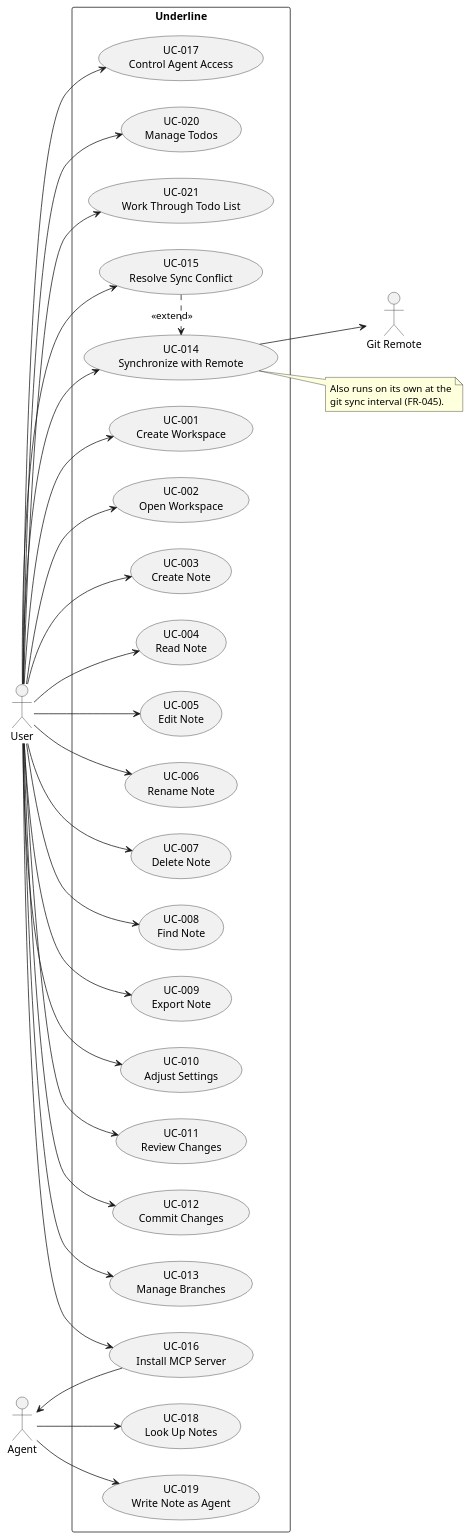
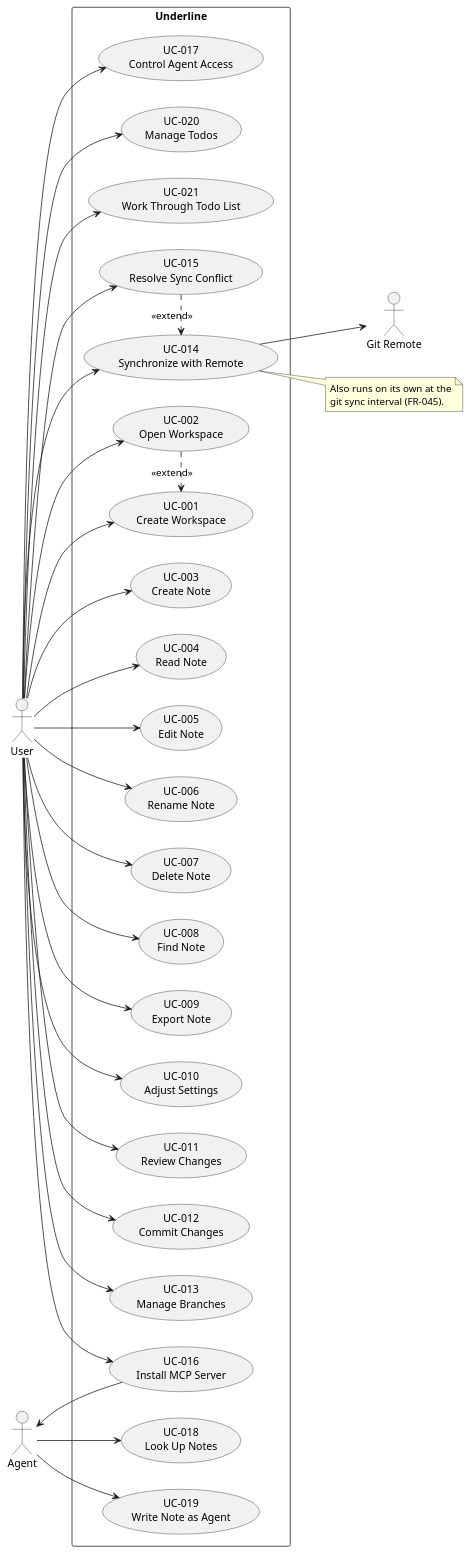
One commit to Florian-Hoehne/underline changed the diagram in docs/use_cases.puml. Above: the diagram before and after it, drawn with PlantUML. The commit also changed 3 other files, not shown here.

```diff
--- a/docs/use_cases.puml
+++ b/docs/use_cases.puml
@@ -1,91 +1,92 @@
 @startuml Use Cases Overview
 left to right direction
 
 actor "User" as user
 actor "Agent" as agent
 actor "Git Remote" as remote
 
 rectangle "Underline" {
     usecase "UC-001\nCreate Workspace" as UC001
     usecase "UC-002\nOpen Workspace" as UC002
     usecase "UC-003\nCreate Note" as UC003
     usecase "UC-004\nRead Note" as UC004
     usecase "UC-005\nEdit Note" as UC005
     usecase "UC-006\nRename Note" as UC006
     usecase "UC-007\nDelete Note" as UC007
     usecase "UC-008\nFind Note" as UC008
     usecase "UC-009\nExport Note" as UC009
     usecase "UC-010\nAdjust Settings" as UC010
     usecase "UC-011\nReview Changes" as UC011
     usecase "UC-012\nCommit Changes" as UC012
     usecase "UC-013\nManage Branches" as UC013
     usecase "UC-014\nSynchronize with Remote" as UC014
     usecase "UC-015\nResolve Sync Conflict" as UC015
     usecase "UC-016\nInstall MCP Server" as UC016
     usecase "UC-017\nControl Agent Access" as UC017
     usecase "UC-018\nLook Up Notes" as UC018
     usecase "UC-019\nWrite Note as Agent" as UC019
     usecase "UC-020\nManage Todos" as UC020
     usecase "UC-021\nWork Through Todo List" as UC021
 }
 
 user --> UC001
 user --> UC002
 user --> UC003
 user --> UC004
 user --> UC005
 user --> UC006
 user --> UC007
 user --> UC008
 user --> UC009
 user --> UC010
 user --> UC011
 user --> UC012
 user --> UC013
 user --> UC014
 user --> UC015
 user --> UC016
 user --> UC017
 user --> UC020
 user --> UC021
 
 agent --> UC018
 agent --> UC019
 
 UC014 --> remote
 UC016 --> agent
 
 UC015 .> UC014 : <<extend>>
+UC002 .> UC001 : <<extend>>
 
 note right of UC014
   Also runs on its own at the
   git sync interval (FR-045).
 end note
 
 ' Traceability: use case -> functional requirements
 ' UC-001 Create Workspace ........ FR-001, FR-072
 ' UC-002 Open Workspace .......... FR-002
 ' UC-003 Create Note ............. FR-003
 ' UC-004 Read Note ............... FR-004, FR-017, FR-018, FR-019, FR-027, FR-030, FR-035, FR-036, FR-037,
 '                                  FR-038, FR-039, FR-040, FR-041, FR-042, FR-043, FR-057, FR-058
 ' UC-005 Edit Note ............... FR-008, FR-009, FR-010, FR-011, FR-012, FR-021, FR-023, FR-024, FR-025,
 '                                  FR-026, FR-031, FR-033, FR-034, FR-044
 ' UC-006 Rename Note ............. FR-005
 ' UC-007 Delete Note ............. FR-006
 ' UC-008 Find Note ............... FR-007
 ' UC-009 Export Note ............. FR-014, FR-015, FR-016
 ' UC-010 Adjust Settings ......... FR-022, FR-028, FR-029, FR-032, FR-069, FR-070, FR-071
 ' UC-011 Review Changes .......... FR-047, FR-048, FR-049
 ' UC-012 Commit Changes .......... FR-051
 ' UC-013 Manage Branches ......... FR-050
 ' UC-014 Synchronize with Remote . FR-020, FR-045, FR-052, FR-053
 ' UC-015 Resolve Sync Conflict ... FR-046
 ' UC-016 Install MCP Server ...... FR-060, FR-061
 ' UC-017 Control Agent Access .... FR-058, FR-059
 ' UC-018 Look Up Notes ........... FR-054, FR-055
 ' UC-019 Write Note as Agent ..... FR-056, FR-057
 ' UC-020 Manage Todos ............ FR-062, FR-063, FR-064, FR-065, FR-066, FR-068
 ' UC-021 Work Through Todo List .. FR-066, FR-067
 ' Not in the diagram: FR-013 (Deferred)
 
 @enduml
```
